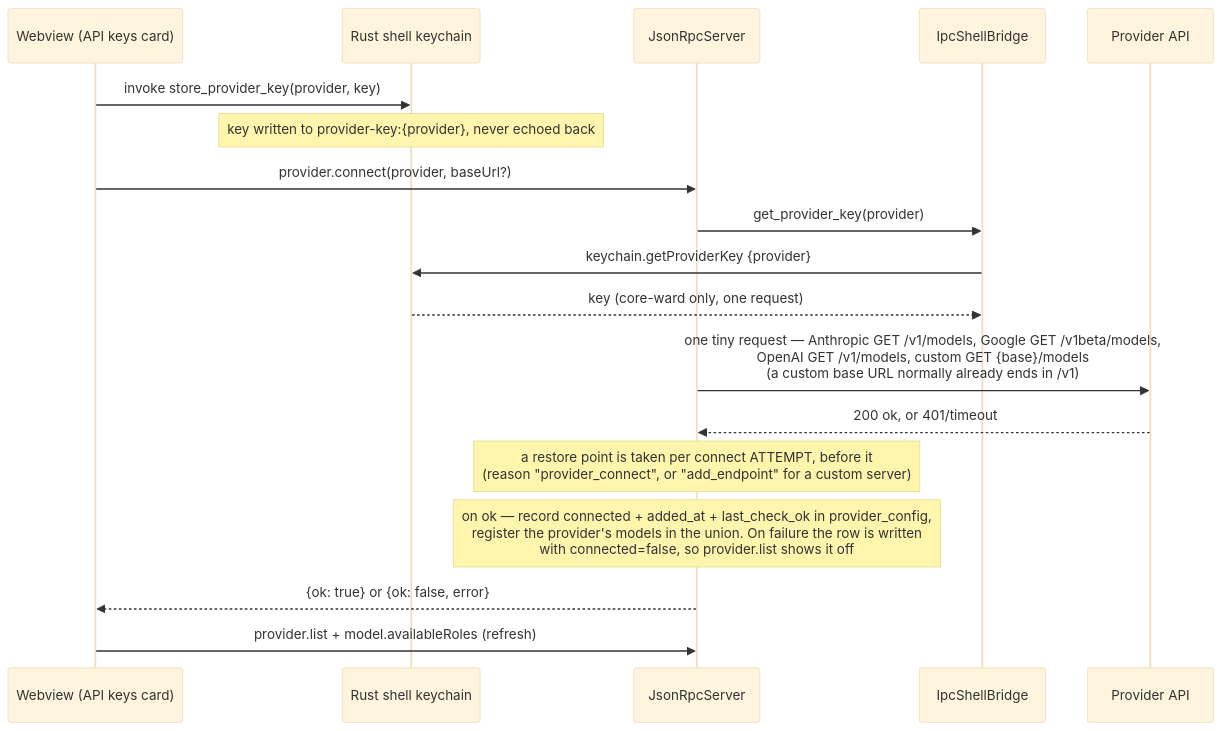
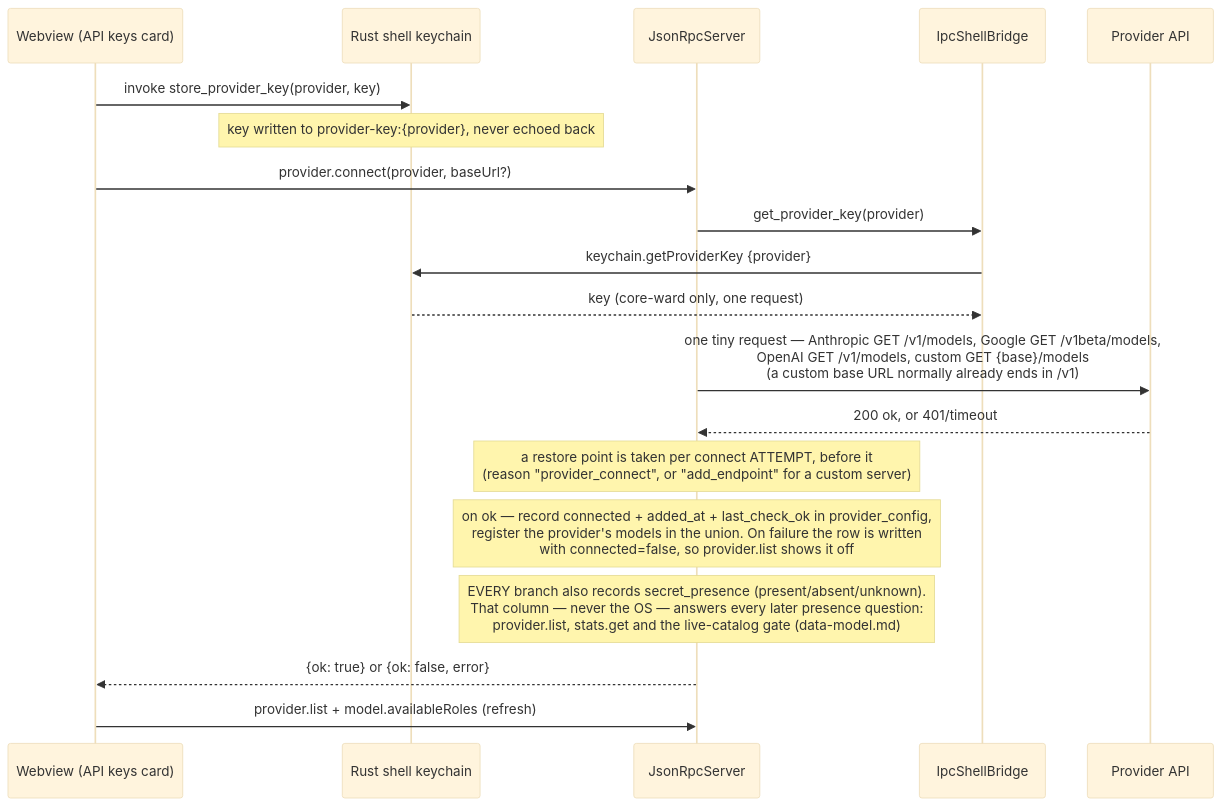
The seventh of 15 diagrams in docs/flows.md (N041M/Addison), drawn with Mermaid (base theme) before and after one commit. The commit also changed 20 other files, not shown here.

````diff
--- a/docs/flows.md
+++ b/docs/flows.md
@@ -265,21 +265,22 @@
 ```mermaid
 sequenceDiagram
     participant UI as Webview (API keys card)
     participant SH as Rust shell keychain
     participant SRV as JsonRpcServer
     participant BR as IpcShellBridge
     participant P as Provider API
 
     UI->>SH: invoke store_provider_key(provider, key)
     Note over SH: key written to provider-key:{provider}, never echoed back
     UI->>SRV: provider.connect(provider, baseUrl?)
     SRV->>BR: get_provider_key(provider)
     BR->>SH: keychain.getProviderKey {provider}
     SH-->>BR: key (core-ward only, one request)
     SRV->>P: one tiny request — Anthropic GET /v1/models, Google GET /v1beta/models,<br/>OpenAI GET /v1/models, custom GET {base}/models<br/>(a custom base URL normally already ends in /v1)
     P-->>SRV: 200 ok, or 401/timeout
     Note over SRV: a restore point is taken per connect ATTEMPT, before it<br/>(reason "provider_connect", or "add_endpoint" for a custom server)
     Note over SRV: on ok — record connected + added_at + last_check_ok in provider_config,<br/>register the provider's models in the union. On failure the row is written<br/>with connected=false, so provider.list shows it off
+    Note over SRV: EVERY branch also records secret_presence (present/absent/unknown).<br/>That column — never the OS — answers every later presence question:<br/>provider.list, stats.get and the live-catalog gate (data-model.md)
     SRV-->>UI: {ok: true} or {ok: false, error}
     UI->>SRV: provider.list + model.availableRoles (refresh)
 ```
````
